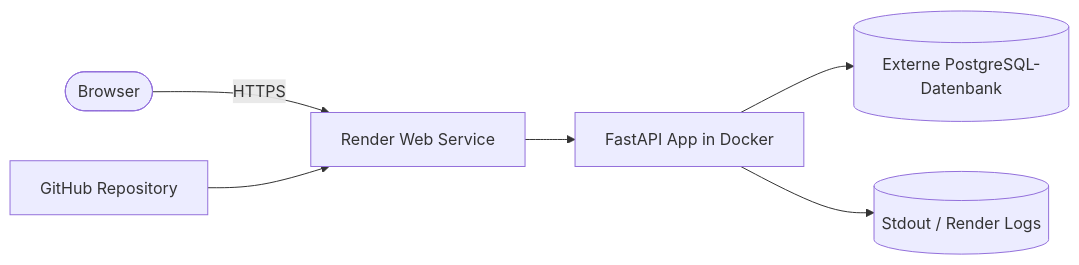
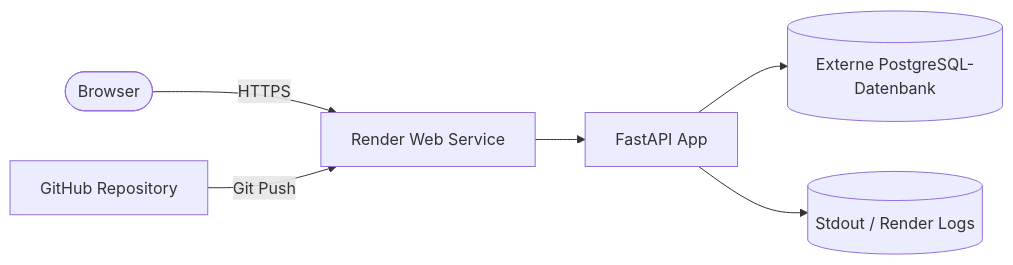
The diagram in README.md (sfa133808/deb-c3), drawn with Mermaid before and after one commit. The commit also changed other lines of this file, not shown here.

````diff
--- a/README.md
+++ b/README.md
@@ -20,8 +32,8 @@
 ```mermaid
 flowchart LR
     user([Browser]) -->|HTTPS| render[Render Web Service]
-    render --> app[FastAPI App in Docker]
+    repo[GitHub Repository] -->|Git Push| render
+    render --> app[FastAPI App]
     app --> db[(Externe PostgreSQL-Datenbank)]
     app --> logs[(Stdout / Render Logs)]
-    repo[GitHub Repository] --> render
 ```
````
